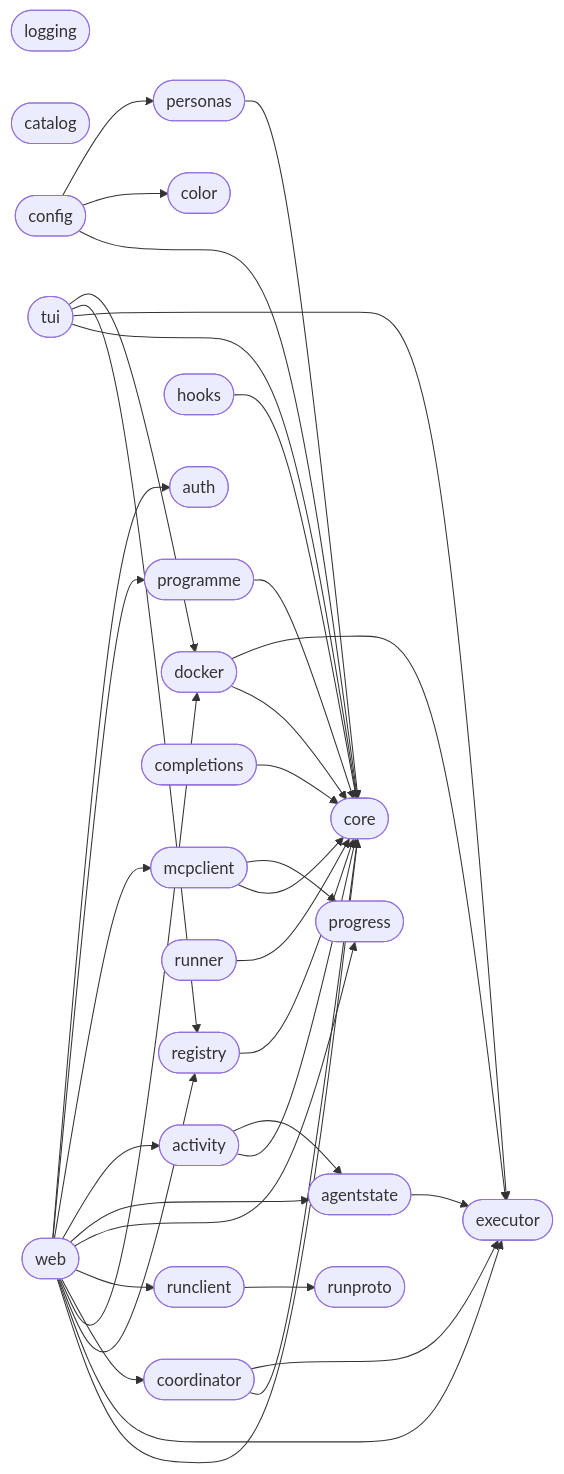
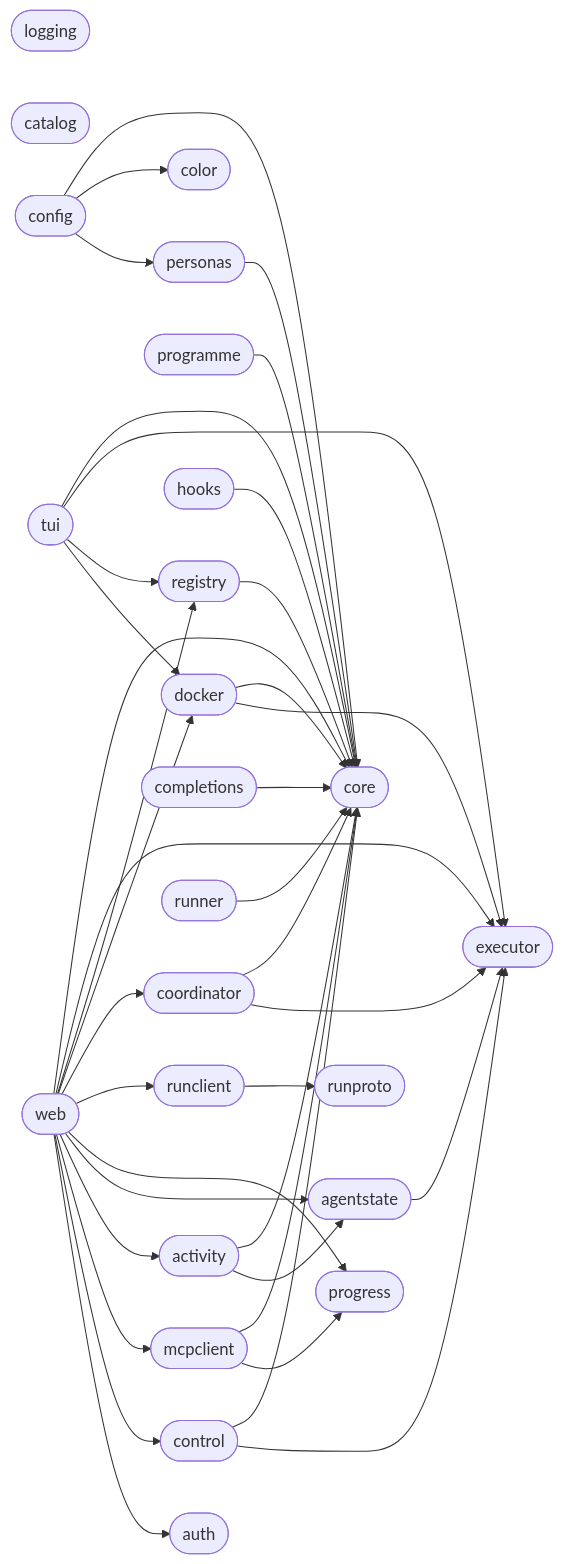
The second of 4 diagrams in ARCHITECTURE.md (techdelight/daedalus), drawn with Mermaid before and after one commit. The commit also changed other lines of this file and 22 other files, not shown here.

````diff
--- a/ARCHITECTURE.md
+++ b/ARCHITECTURE.md
@@ -116,63 +116,66 @@
 ```mermaid
 flowchart LR
     core([core])
     executor([executor])
     color([color])
     logging([logging])
     progress([progress])
     catalog([catalog])
     auth([auth])
     runproto([runproto])
 
     personas([personas])
     programme([programme])
+    control([control])
     agentstate([agentstate])
     activity([activity])
     hooks([hooks])
     mcpclient([mcpclient])
     config([config])
     registry([registry])
     docker([docker])
     completions([completions])
     runclient([runclient])
     runner([runner])
     coordinator([coordinator])
     tui([tui])
     web([web])
 
     personas --> core
     programme --> core
+    control --> core
+    control --> executor
     agentstate --> executor
     activity --> core
     activity --> agentstate
     hooks --> core
     mcpclient --> core
     mcpclient --> progress
     config --> core
     config --> color
     config --> personas
     registry --> core
     docker --> core
     docker --> executor
     completions --> core
     runclient --> runproto
     runner --> core
     coordinator --> core
     coordinator --> executor
     tui --> core
     tui --> executor
     tui --> registry
     tui --> docker
     web --> core
     web --> executor
     web --> registry
     web --> docker
     web --> coordinator
     web --> runclient
     web --> progress
     web --> agentstate
     web --> activity
     web --> mcpclient
-    web --> programme
+    web --> control
     web --> auth
 ```
````
